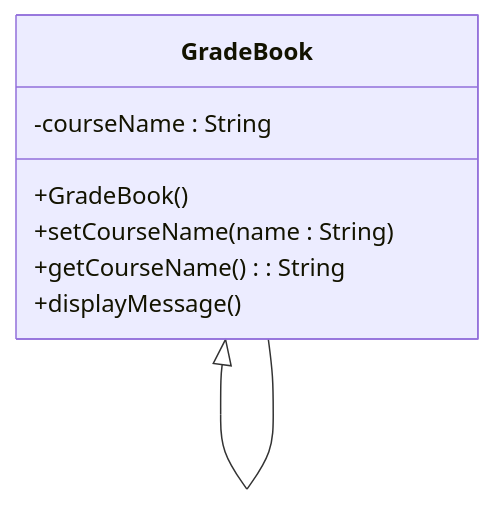
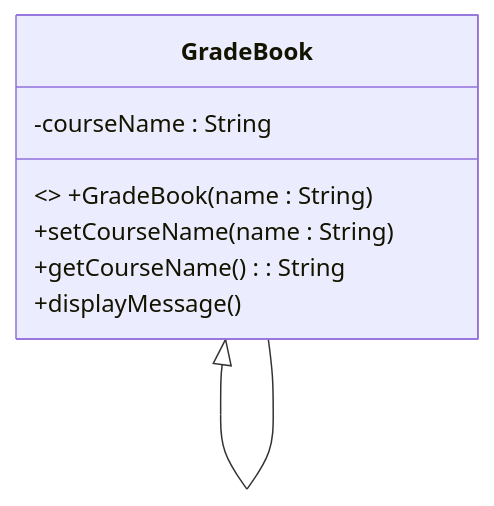
One commit to mosmn/Notes changed the fourth of 4 diagrams in sections/cpp/objects-classes.md. Above: the diagram before and after it, drawn with Mermaid. The commit also changed other lines of this file, not shown here.

````diff
--- a/sections/cpp/objects-classes.md
+++ b/sections/cpp/objects-classes.md
@@ -276,11 +276,11 @@
 ```mermaid
 classDiagram
     GradeBook <|-- GradeBook
     class GradeBook{
-        +GradeBook()
+        <<constructor>> +GradeBook(name : String)
         +setCourseName(name : String)
         +getCourseName() : String
         +displayMessage()
         -courseName : String
     }
 ```
````
